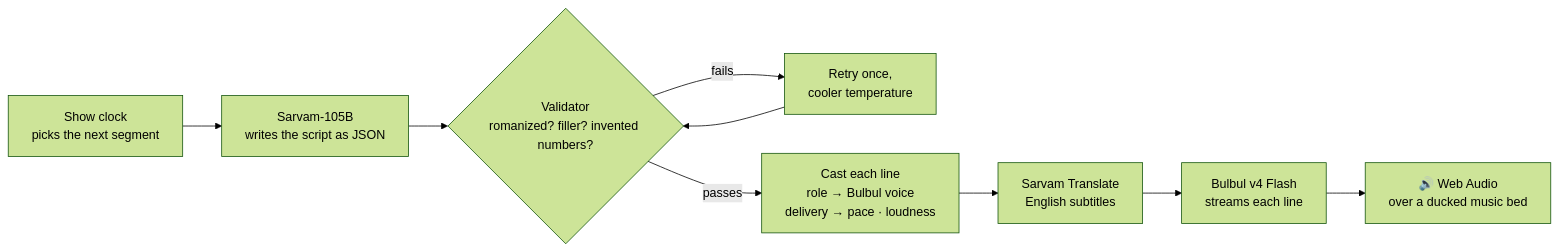
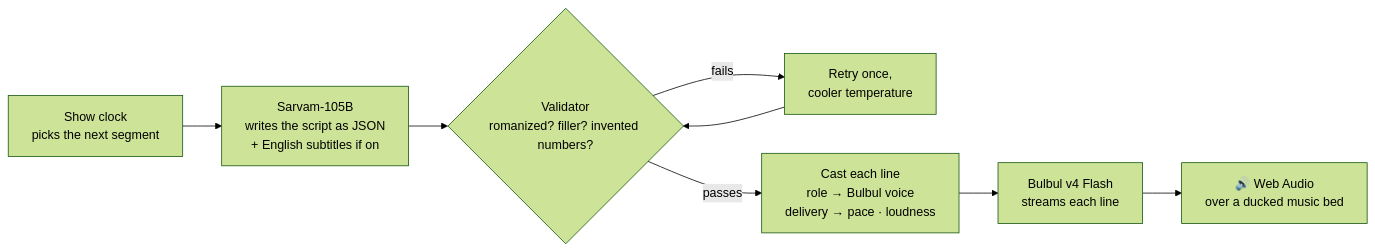
Before and after one commit to harshbhx/tarang-fm: the first of 5 diagrams in README.md, drawn with Mermaid (forest theme). The commit also changed other lines of this file and 5 other files, not shown here.

Commit message:
docs: Listen together, its screenshots, and subtitles written with the script

````diff
--- a/README.md
+++ b/README.md
@@ -45,10 +68,9 @@
 ```mermaid
 flowchart LR
-  A["Show clock<br/>picks the next segment"] --> B["Sarvam-105B<br/>writes the script as JSON"]
+  A["Show clock<br/>picks the next segment"] --> B["Sarvam-105B<br/>writes the script as JSON<br/>+ English subtitles if on"]
   B --> C{"Validator<br/>romanized? filler? invented numbers?"}
   C -->|fails| B2["Retry once,<br/>cooler temperature"] --> C
   C -->|passes| D["Cast each line<br/>role → Bulbul voice<br/>delivery → pace · loudness"]
-  D --> E["Sarvam Translate<br/>English subtitles"]
-  E --> F["Bulbul v4 Flash<br/>streams each line"]
+  D --> F["Bulbul v4 Flash<br/>streams each line"]
   F --> G["🔊 Web Audio<br/>over a ducked music bed"]
 ```
````
